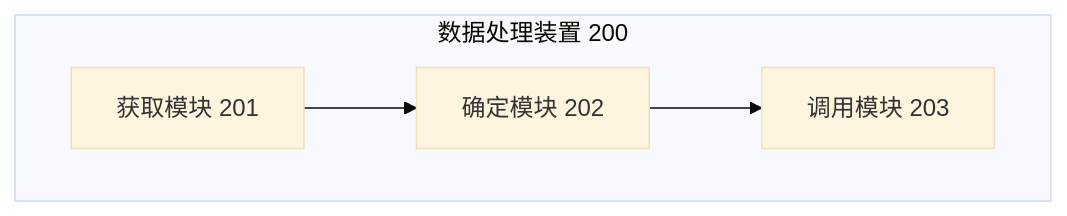
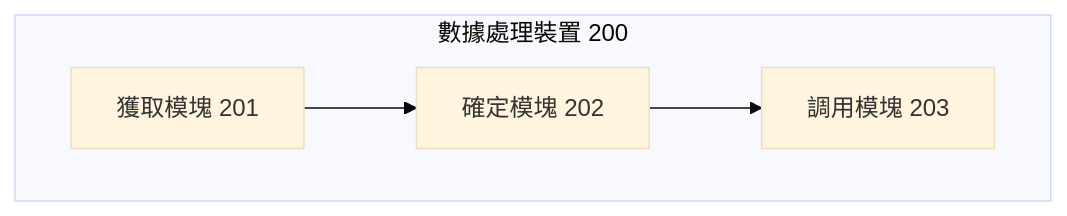
Before and after one commit to Raw1mage/PatentDrafter: the second of 2 diagrams in .claude/agents/diagram-generator.md, drawn with Mermaid (base theme). The commit also changed other lines of this file, not shown here.

Commit message:
專利技術圖表生成代理設定檔

````diff
--- a/.claude/agents/diagram-generator.md
+++ b/.claude/agents/diagram-generator.md
@@ -25,10 +25,10 @@
   ```mermaid
   graph TB
-      subgraph 数据处理装置 200
-          M201[获取模块 201]
-          M202[确定模块 202]
-          M203[调用模块 203]
+      subgraph 數據處理裝置 200
+          M201[獲取模塊 201]
+          M202[確定模塊 202]
+          M203[調用模塊 203]
       end
       M201 --> M202
       M202 --> M203
   ```
````
